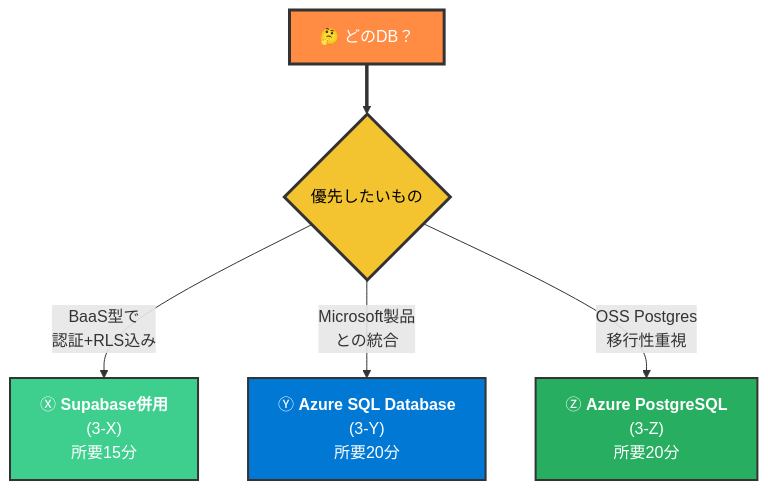
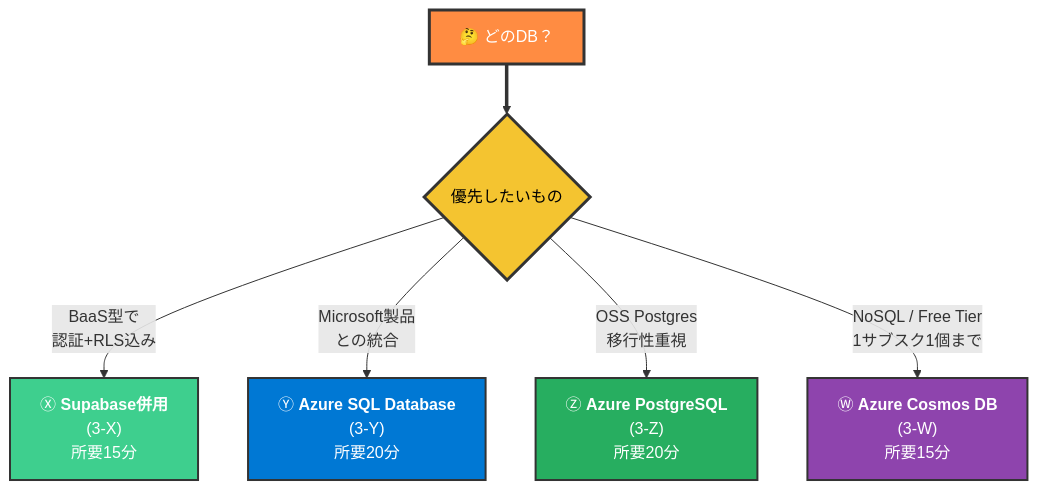
The tenth of 22 diagrams in azure/setup.md (kasuyaofcb/tech_docs), drawn with Mermaid before and after one commit. The commit also changed other lines of this file and 1 other file, not shown here.

First line of the commit message:
docs(azure): setup.mdに§3-W Cosmos DBとPortal詰まり対策の付録を追加

````diff
--- a/azure/setup.md
+++ b/azure/setup.md
@@ -341,14 +346,16 @@
 ```mermaid
 flowchart TB
     Q["🤔 どのDB？"] ==> Q1{"優先したいもの"}
 
     Q1 -->|"BaaS型で<br/>認証+RLS込み"| X["Ⓧ <b>Supabase併用</b><br/>(3-X)<br/>所要15分"]
     Q1 -->|"Microsoft製品<br/>との統合"| Y["Ⓨ <b>Azure SQL Database</b><br/>(3-Y)<br/>所要20分"]
     Q1 -->|"OSS Postgres<br/>移行性重視"| Z["Ⓩ <b>Azure PostgreSQL</b><br/>(3-Z)<br/>所要20分"]
+    Q1 -->|"NoSQL / Free Tier<br/>1サブスク1個まで"| W["Ⓦ <b>Azure Cosmos DB</b><br/>(3-W)<br/>所要15分"]
 
     style Q fill:#FF8C42,color:#FFFFFF,stroke:#333,stroke-width:3px
     style Q1 fill:#F4C430,color:#000,stroke:#333,stroke-width:3px
     style X fill:#3ECF8E,color:#FFFFFF,stroke:#333,stroke-width:2px
     style Y fill:#0078D4,color:#FFFFFF,stroke:#333,stroke-width:2px
     style Z fill:#27AE60,color:#FFFFFF,stroke:#333,stroke-width:2px
+    style W fill:#8E44AD,color:#FFFFFF,stroke:#333,stroke-width:2px
 ```
````
